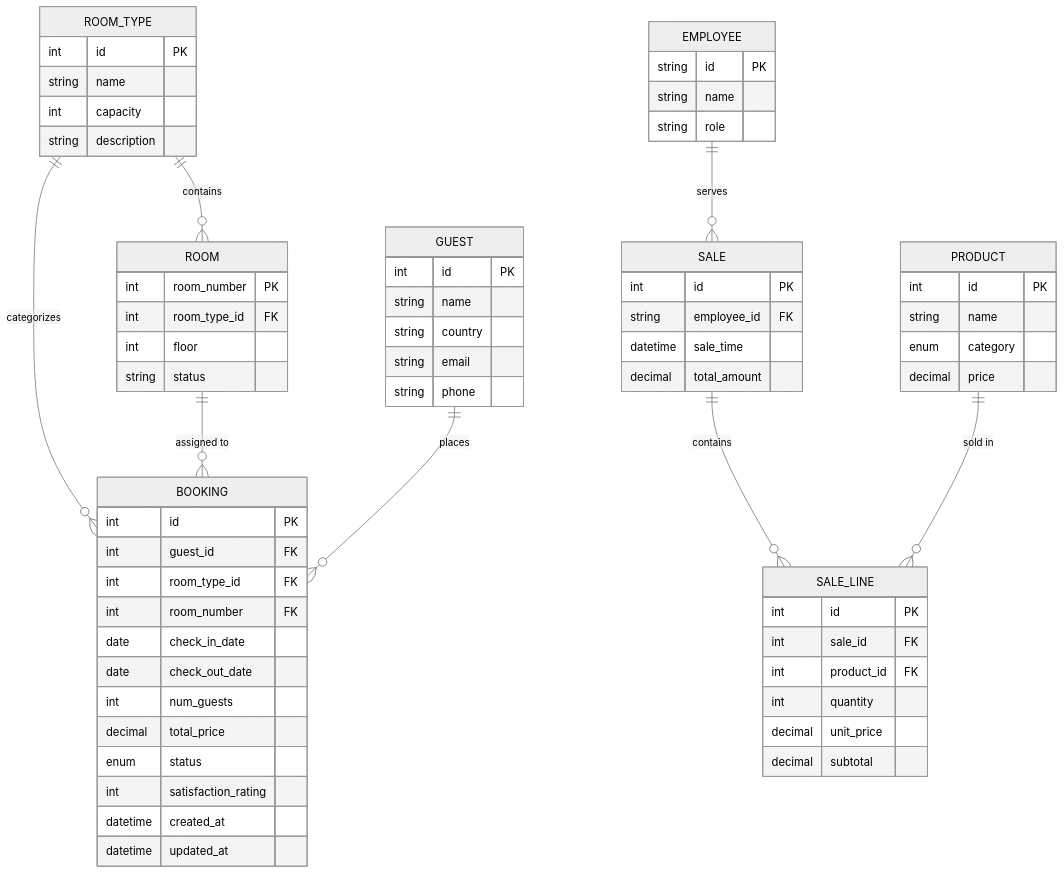
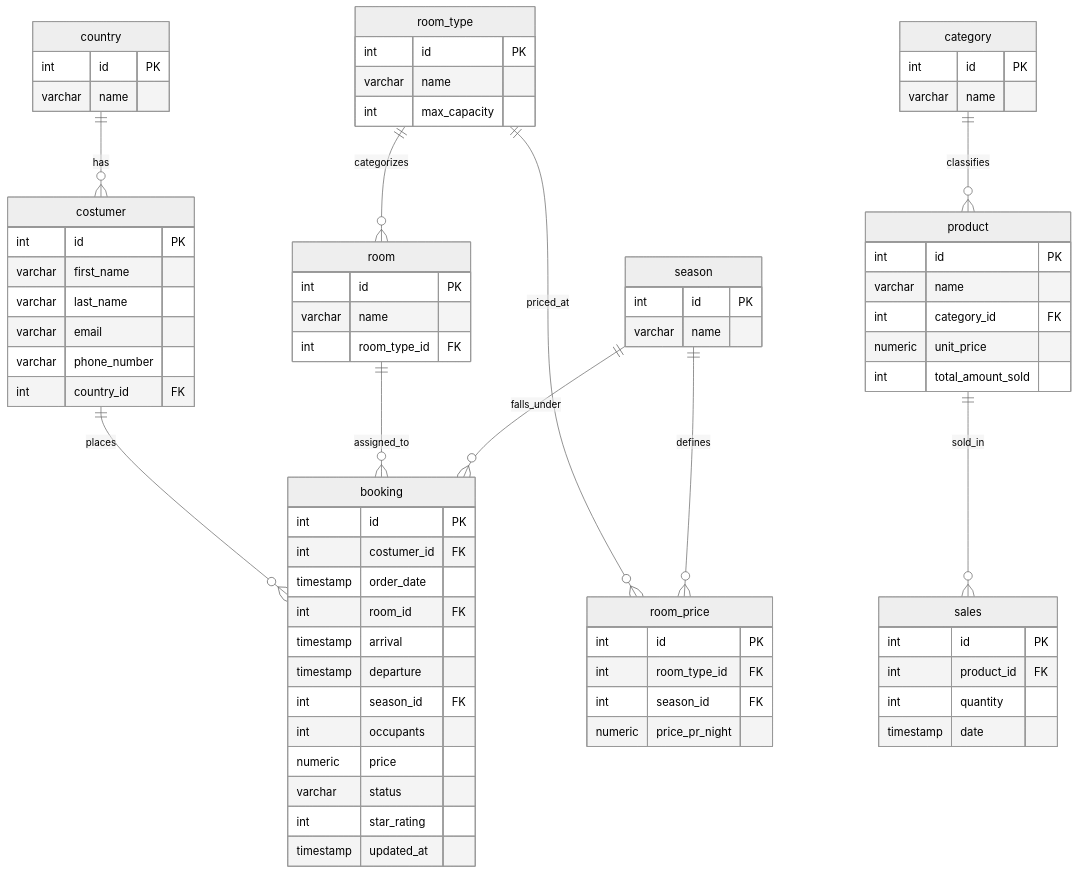
Before and after one commit to Junkersje/Hotel-Kong-Arthur-SCAMM-Tv-rfaglig-Opgave: the first of 2 diagrams in specs/001-hotel-management/data-model.md, drawn with Mermaid (neutral theme). The commit also changed other lines of this file, not shown here.

Commit message:
Update ER model in data-model.md
Updated ER diagram and domain model in data-model

````diff
--- a/specs/001-hotel-management/data-model.md
+++ b/specs/001-hotel-management/data-model.md
@@ -14,77 +14,86 @@
 ```mermaid
 erDiagram
-    ROOM_TYPE ||--o{ ROOM : "contains"
-    ROOM_TYPE ||--o{ BOOKING : "categorizes"
-    ROOM ||--o{ BOOKING : "assigned to"
-    GUEST ||--o{ BOOKING : "places"
-    
-    EMPLOYEE ||--o{ SALE : "serves"
-    SALE ||--o{ SALE_LINE : "contains"
-    PRODUCT ||--o{ SALE_LINE : "sold in"
+    country ||--o{ costumer : "has"
+    season ||--o{ room_price : "defines"
+    season ||--o{ booking : "falls_under"
+    room_type ||--o{ room : "categorizes"
+    room_type ||--o{ room_price : "priced_at"
+    room ||--o{ booking : "assigned_to"
+    costumer ||--o{ booking : "places"
+    category ||--o{ product : "classifies"
+    product ||--o{ sales : "sold_in"
 
-    ROOM_TYPE {
+    country {
         int id PK
-        string name
-        int capacity
-        string description
+        varchar name
     }
 
-    ROOM {
-        int room_number PK
-        int room_type_id FK
-        int floor
-        string status
+    season {
+        int id PK
+        varchar name
     }
 
-    GUEST {
+    room_type {
         int id PK
-        string name
-        string country
-        string email
-        string phone
+        varchar name
+        int max_capacity
     }
 
-    BOOKING {
+    room {
         int id PK
-        int guest_id FK
+        varchar name
         int room_type_id FK
-        int room_number FK
-        date check_in_date
-        date check_out_date
-        int num_guests
-        decimal total_price
-        enum status
-        int satisfaction_rating
-        datetime created_at
-        datetime updated_at
     }
 
-    EMPLOYEE {
-        string id PK
-        string name
-        string role
+    room_price {
+        int id PK
+        int room_type_id FK
+        int season_id FK
+        numeric price_pr_night
     }
 
-    PRODUCT {
+    costumer {
         int id PK
-        string name
-        enum category
-        decimal price
+        varchar first_name
+        varchar last_name
+        varchar email
+        varchar phone_number
+        int country_id FK
     }
 
-    SALE {
+    booking {
         int id PK
-        string employee_id FK
-        datetime sale_time
-        decimal total_amount
+        int costumer_id FK
+        timestamp order_date
+        int room_id FK
+        timestamp arrival
+        timestamp departure
+        int season_id FK
+        int occupants
+        numeric price
+        varchar status
+        int star_rating
+        timestamp updated_at
     }
 
-    SALE_LINE {
+    category {
         int id PK
-        int sale_id FK
+        varchar name
+    }
+
+    product {
+        int id PK
+        varchar name
+        int category_id FK
+        numeric unit_price
+        int total_amount_sold
+    }
+
+    sales {
+        int id PK
         int product_id FK
         int quantity
-        decimal unit_price
-        decimal subtotal
+        timestamp date
     }
+
 ```
````
